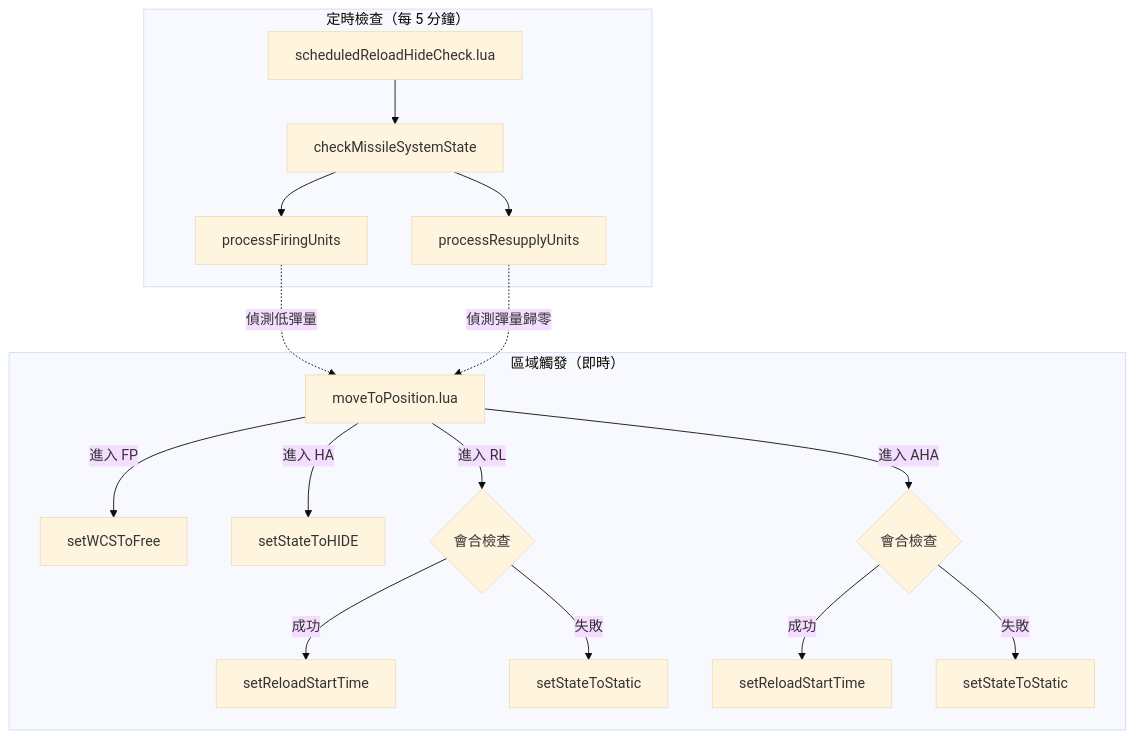
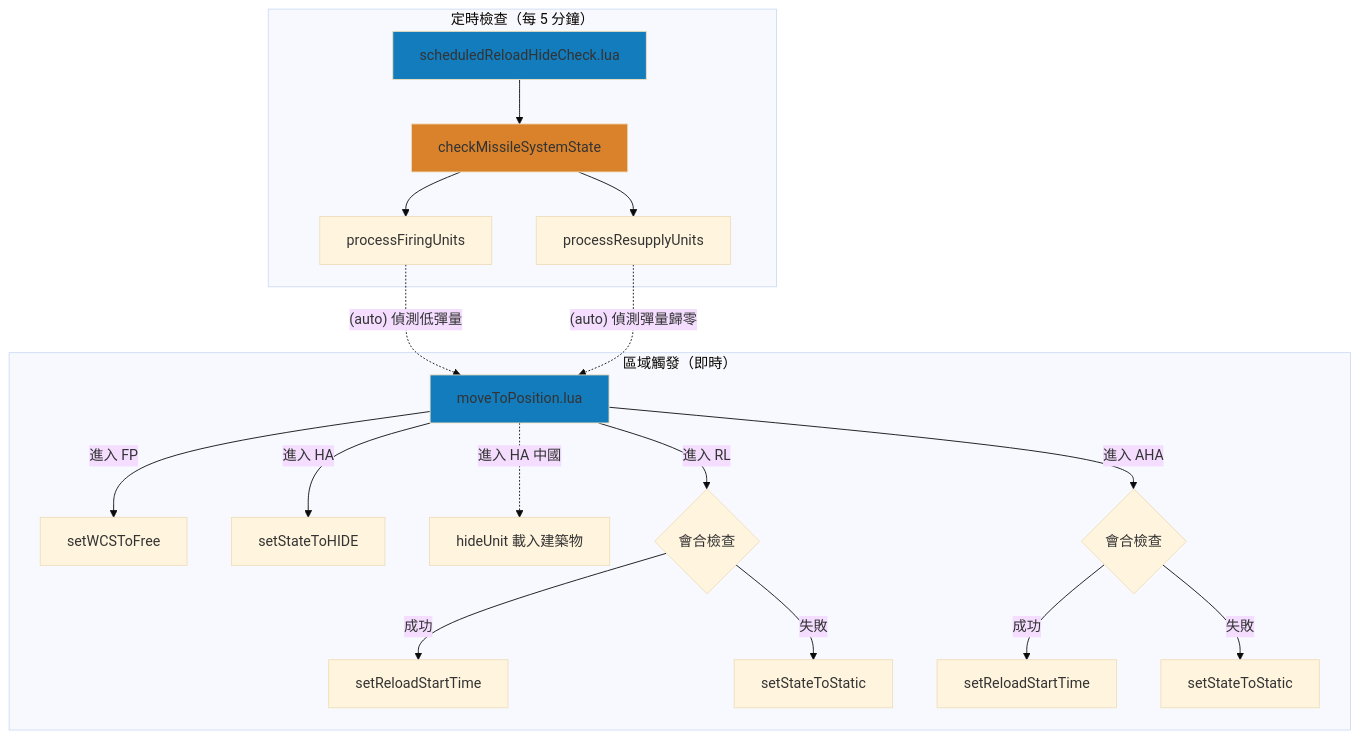
The fifth of 5 diagrams in docs/missileSystem.md (pullupjumper/formosa-in-flames), drawn with Mermaid (base theme) before and after one commit. The commit also changed other lines of this file and 8 other files, not shown here.

````diff
--- a/docs/missileSystem.md
+++ b/docs/missileSystem.md
@@ -152,25 +163,30 @@
 ```mermaid
 flowchart TB
     subgraph 定時檢查["定時檢查（每 5 分鐘）"]
         SCHED[scheduledReloadHideCheck.lua]
         CHECK[checkMissileSystemState]
         SCHED --> CHECK
         CHECK --> PFU[processFiringUnits]
         CHECK --> PRU[processResupplyUnits]
     end
 
     subgraph 區域觸發["區域觸發（即時）"]
         MOVE[moveToPosition.lua]
         MOVE --> |進入 FP| WCS[setWCSToFree]
         MOVE --> |進入 HA| HIDE[setStateToHIDE]
+        MOVE -.-> |進入 HA 中國| HIDE2[hideUnit 載入建築物]
         MOVE --> |進入 RL| RLCHECK{會合檢查}
         MOVE --> |進入 AHA| AHACHECK{會合檢查}
         RLCHECK --> |成功| RELOAD1[setReloadStartTime]
         RLCHECK --> |失敗| STATIC1[setStateToStatic]
         AHACHECK --> |成功| RELOAD2[setReloadStartTime]
         AHACHECK --> |失敗| STATIC2[setStateToStatic]
     end
 
-    PFU -.->|偵測低彈量| MOVE
-    PRU -.->|偵測彈量歸零| MOVE
+    PFU -.->|"(auto) 偵測低彈量"| MOVE
+    PRU -.->|"(auto) 偵測彈量歸零"| MOVE
+
+    style SCHED fill:#137cbd
+    style MOVE fill:#137cbd
+    style CHECK fill:#d9822b
 ```
````
